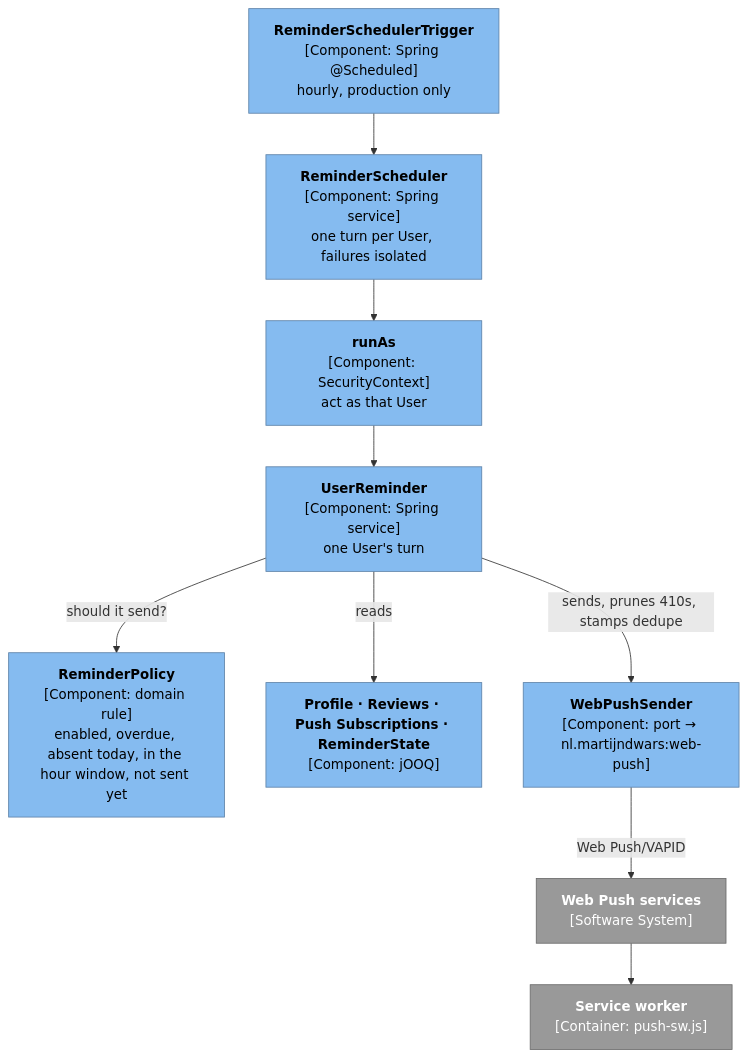
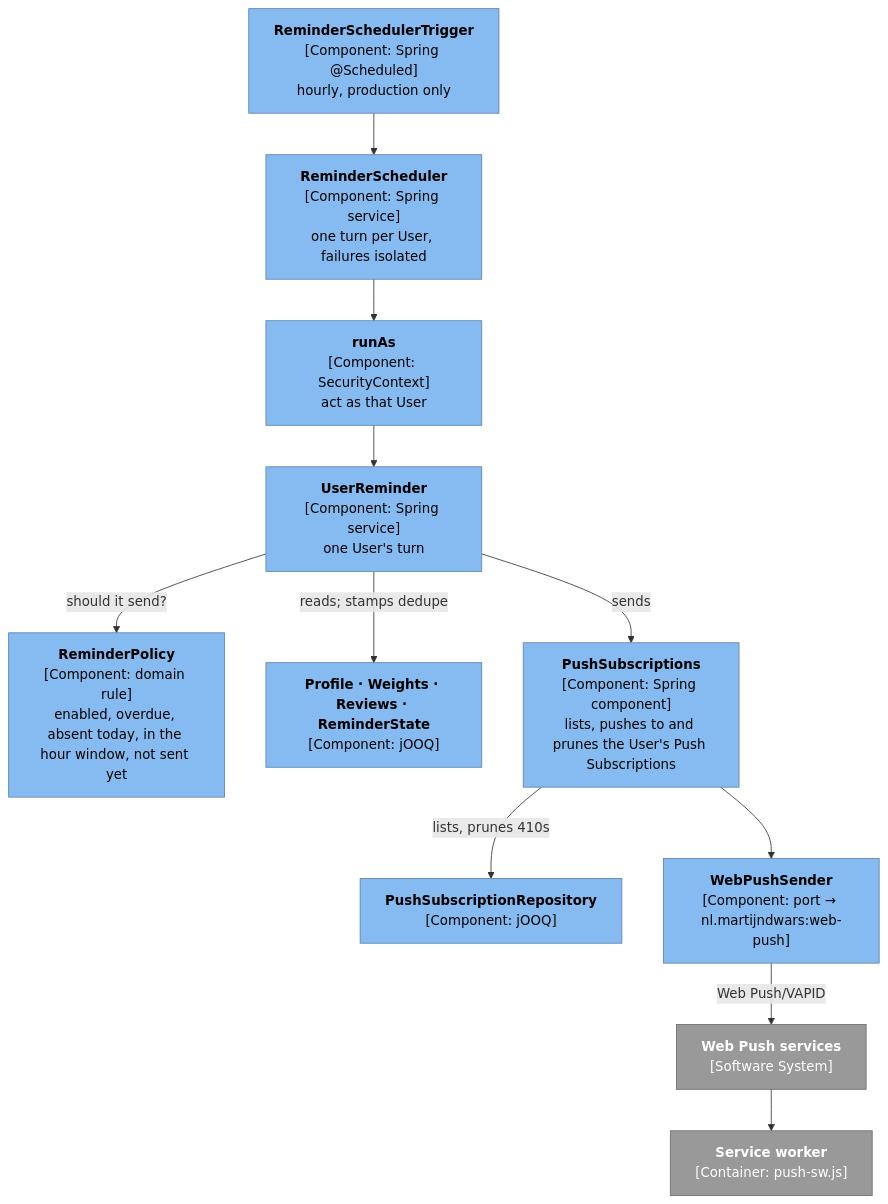
One commit to skrymer/tucker changed the seventh of 10 diagrams in docs/architecture.md. Above: the diagram before and after it, drawn with Mermaid. The commit also changed other lines of this file and 66 other files, not shown here.

````diff
--- a/docs/architecture.md
+++ b/docs/architecture.md
@@ -292,24 +300,28 @@
 ```mermaid
 flowchart TD
   trigger["<b>ReminderSchedulerTrigger</b><br/>[Component: Spring @Scheduled]<br/>hourly, production only"]:::component
   scheduler["<b>ReminderScheduler</b><br/>[Component: Spring service]<br/>one turn per User, failures isolated"]:::component
   runas["<b>runAs</b><br/>[Component: SecurityContext]<br/>act as that User"]:::component
   turn["<b>UserReminder</b><br/>[Component: Spring service]<br/>one User's turn"]:::component
   policy["<b>ReminderPolicy</b><br/>[Component: domain rule]<br/>enabled, overdue, absent today, in the hour window, not sent yet"]:::component
-  repos["<b>Profile · Reviews · Push Subscriptions · ReminderState</b><br/>[Component: jOOQ]"]:::component
+  repos["<b>Profile · Weights · Reviews · ReminderState</b><br/>[Component: jOOQ]"]:::component
+  devices["<b>PushSubscriptions</b><br/>[Component: Spring component]<br/>lists, pushes to and prunes the User's Push Subscriptions"]:::component
+  subs["<b>PushSubscriptionRepository</b><br/>[Component: jOOQ]"]:::component
   sender["<b>WebPushSender</b><br/>[Component: port → nl.martijndwars:web-push]"]:::component
   push["<b>Web Push services</b><br/>[Software System]"]:::ext
   sw["<b>Service worker</b><br/>[Container: push-sw.js]"]:::ext
 
   trigger --> scheduler
   scheduler --> runas
   runas --> turn
-  turn -- "reads" --> repos
+  turn -- "reads; stamps dedupe" --> repos
   turn -- "should it send?" --> policy
-  turn -- "sends, prunes 410s, stamps dedupe" --> sender
+  turn -- "sends" --> devices
+  devices -- "lists, prunes 410s" --> subs
+  devices --> sender
   sender -- "Web Push/VAPID" --> push
   push --> sw
 
   classDef component fill:#85bbf0,color:#000,stroke:#5d82a8
   classDef ext fill:#999,color:#fff,stroke:#6b6b6b
 ```
````
